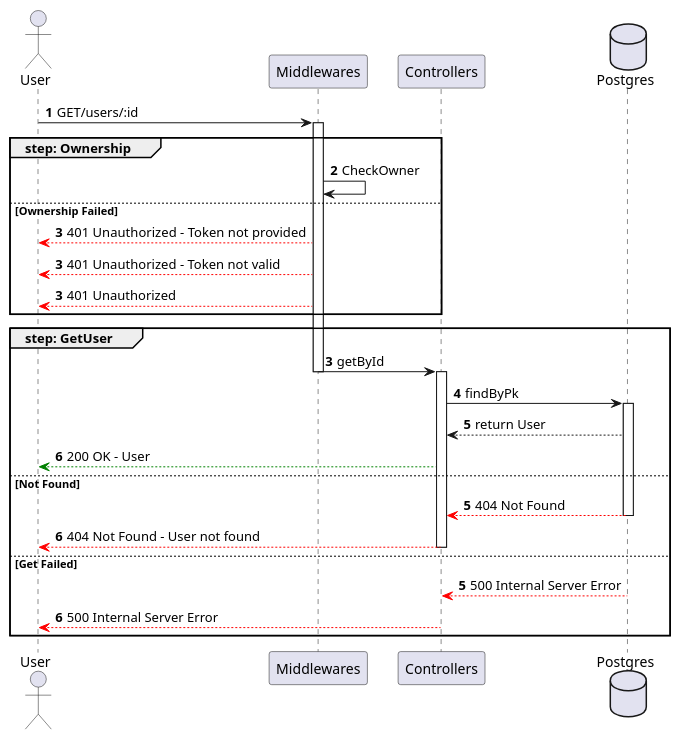
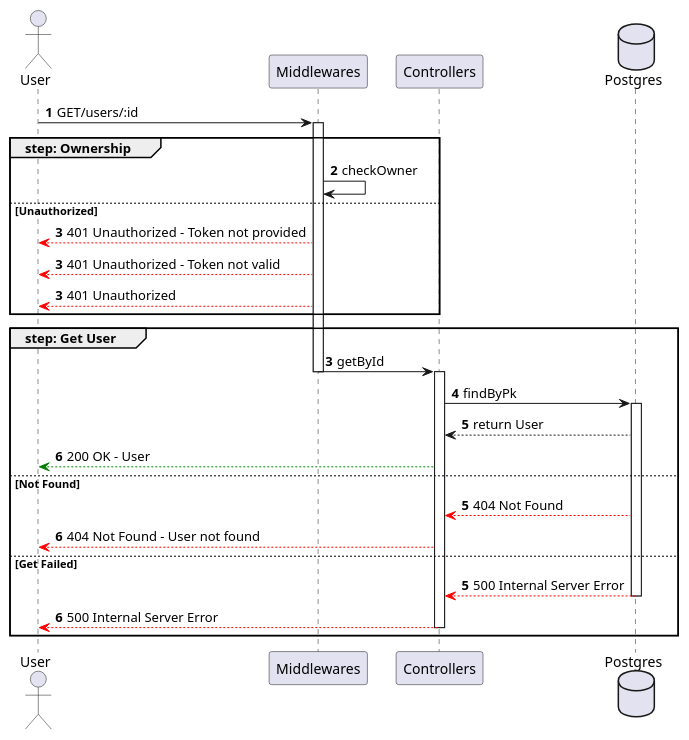
The diagram in sequence_diagrams/users/GetUser.puml (ShadowWalker1411/ProgrammazioneAvanzataREPO), drawn with PlantUML before and after one commit. The commit also changed 34 other files, not shown here.

```diff
--- a/sequence_diagrams/users/GetUser.puml
+++ b/sequence_diagrams/users/GetUser.puml
@@ -1,36 +1,36 @@
 @startuml getUser
 
 actor User
 participant Middlewares
 participant Controllers
 database Postgres
 
 autonumber
 User -> Middlewares ++: GET/users/:id
 group step: Ownership
-    Middlewares -> Middlewares : CheckOwner
-else Ownership Failed
+    Middlewares -> Middlewares : checkOwner
+else Unauthorized
     autonumber 3
     Middlewares --[#red]> User : 401 Unauthorized - Token not provided
     autonumber 3
     Middlewares --[#red]> User : 401 Unauthorized - Token not valid
     autonumber 3
     Middlewares --[#red]> User : 401 Unauthorized
 end
-group step: GetUser
+group step: Get User
     autonumber 3
     Middlewares -> Controllers --++: getById
     Controllers -> Postgres ++: findByPk
     Postgres --> Controllers: return User
     Controllers --[#green]> User : 200 OK - User
 else Not Found
     autonumber 5
-    Postgres --[#red]> Controllers --: 404 Not Found
-    Controllers --[#red]> User --: 404 Not Found - User not found
+    Postgres --[#red]> Controllers : 404 Not Found
+    Controllers --[#red]> User : 404 Not Found - User not found
 else Get Failed
     autonumber 5
     Postgres --[#red]> Controllers --: 500 Internal Server Error
     Controllers --[#red]> User --: 500 Internal Server Error
 end
 
 @enduml
```
